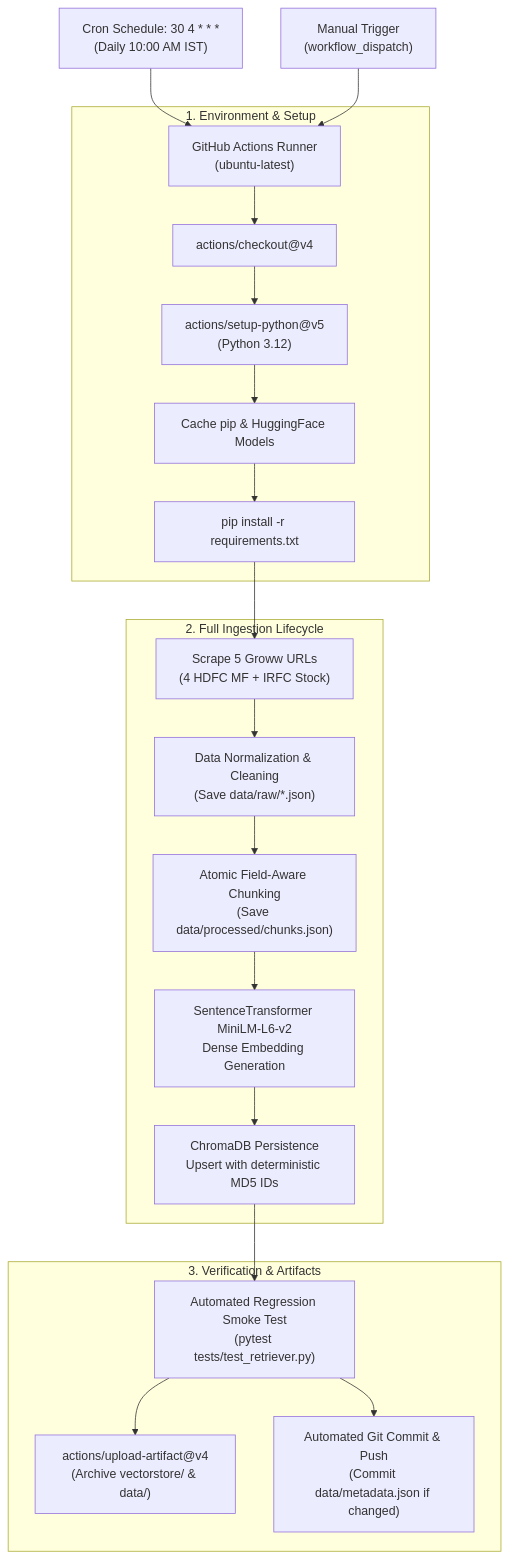
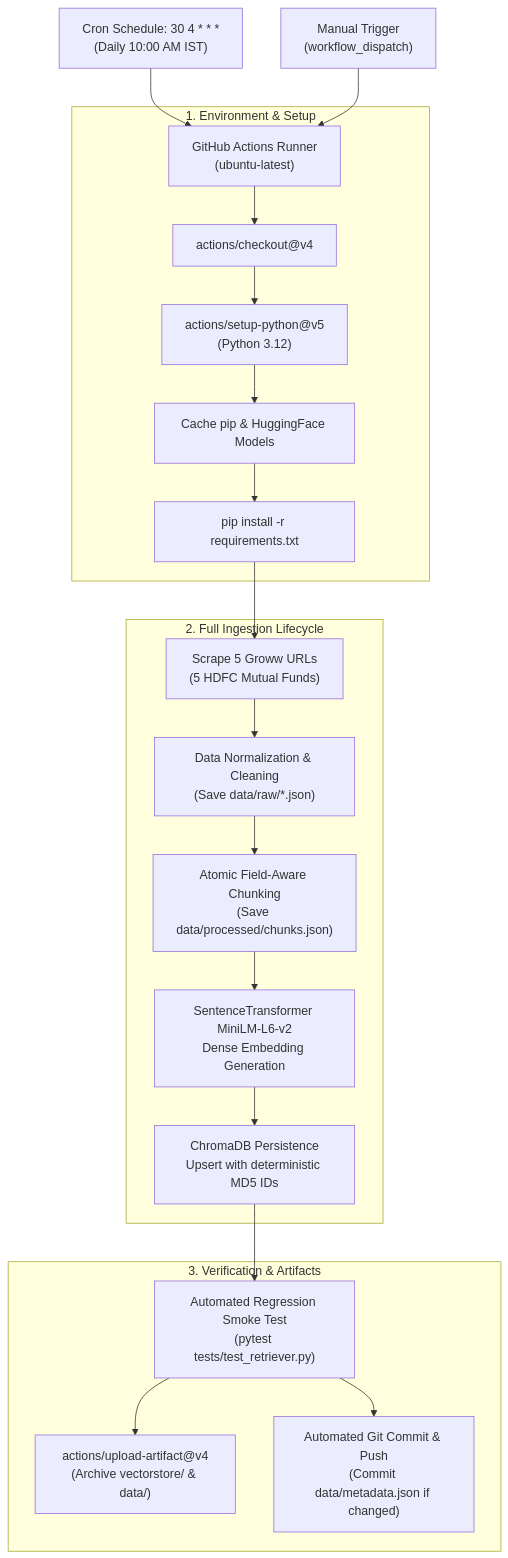
The second of 2 diagrams in docs/implementation-plan.md (diptihello/FintechAssistant_NL), drawn with Mermaid before and after one commit. The commit also changed other lines of this file and 27 other files, not shown here.

Commit message:
chore: remove IRFC stock from corpus, implementation, tests, and documentation

````diff
--- a/docs/implementation-plan.md
+++ b/docs/implementation-plan.md
@@ -789,26 +789,26 @@
 ```mermaid
 flowchart TD
     CRON["Cron Schedule: 30 4 * * *\n(Daily 10:00 AM IST)"] --> GHA["GitHub Actions Runner\n(ubuntu-latest)"]
     MANUAL["Manual Trigger\n(workflow_dispatch)"] --> GHA
     
     subgraph S1["1. Environment & Setup"]
         GHA --> CHECKOUT["actions/checkout@v4"]
         CHECKOUT --> PYTHON["actions/setup-python@v5\n(Python 3.12)"]
         PYTHON --> CACHE["Cache pip & HuggingFace Models"]
         CACHE --> INSTALL["pip install -r requirements.txt"]
     end
 
     subgraph S2["2. Full Ingestion Lifecycle"]
-        INSTALL --> SCRAPE["Scrape 5 Groww URLs\n(4 HDFC MF + IRFC Stock)"]
+        INSTALL --> SCRAPE["Scrape 5 Groww URLs\n(5 HDFC Mutual Funds)"]
         SCRAPE --> NORMALIZE["Data Normalization & Cleaning\n(Save data/raw/*.json)"]
         NORMALIZE --> CHUNK["Atomic Field-Aware Chunking\n(Save data/processed/chunks.json)"]
         CHUNK --> EMBED["SentenceTransformer MiniLM-L6-v2\nDense Embedding Generation"]
         EMBED --> STORE["ChromaDB Persistence\nUpsert with deterministic MD5 IDs"]
     end
 
     subgraph S3["3. Verification & Artifacts"]
         STORE --> TEST["Automated Regression Smoke Test\n(pytest tests/test_retriever.py)"]
         TEST --> ARTIFACT["actions/upload-artifact@v4\n(Archive vectorstore/ & data/)"]
         TEST --> COMMIT["Automated Git Commit & Push\n(Commit data/metadata.json if changed)"]
     end
 ```
````
